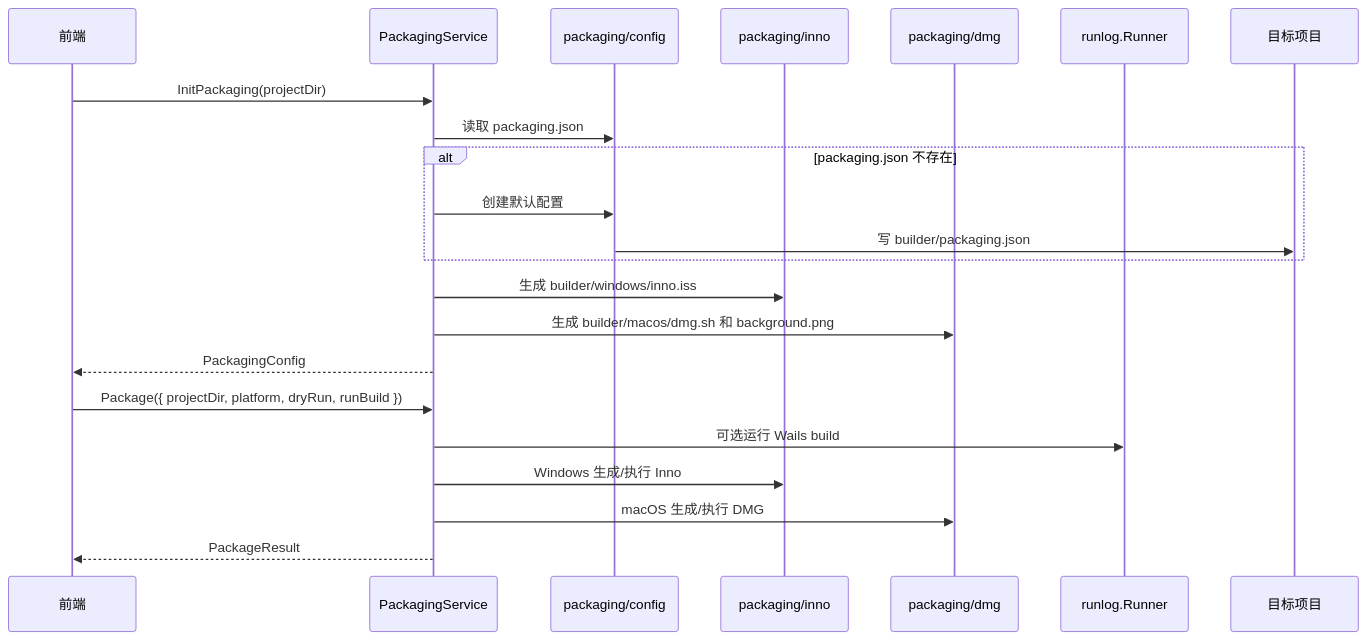
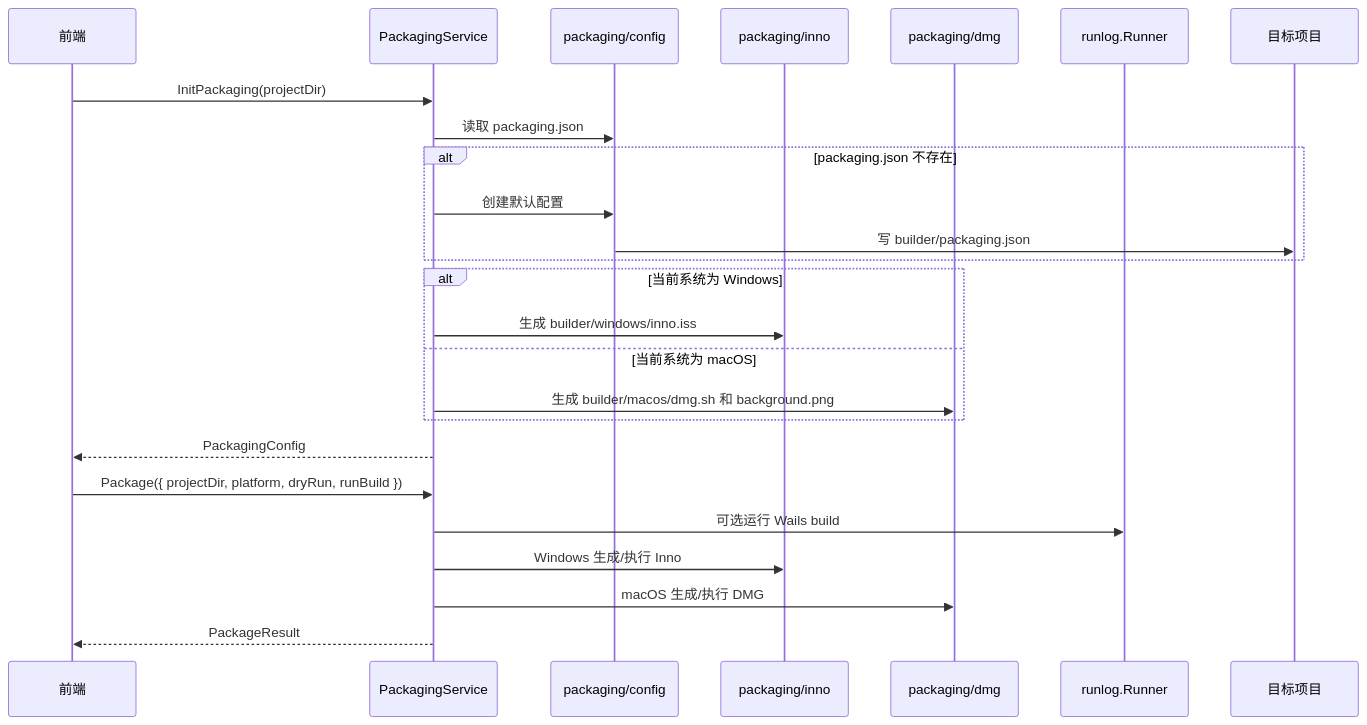
The fifth of 6 diagrams in docs/ILLUSTRATED_GUIDE.md (Peiratooo/Wails3-Manager), drawn with Mermaid before and after one commit. The commit also changed other lines of this file and 79 other files, not shown here.

````diff
--- a/docs/ILLUSTRATED_GUIDE.md
+++ b/docs/ILLUSTRATED_GUIDE.md
@@ -163,26 +162,29 @@
 ```mermaid
 sequenceDiagram
   participant FE as 前端
   participant PKG as PackagingService
   participant Config as packaging/config
   participant Inno as packaging/inno
   participant DMG as packaging/dmg
   participant Runner as runlog.Runner
   participant Disk as 目标项目
 
   FE->>PKG: InitPackaging(projectDir)
   PKG->>Config: 读取 packaging.json
   alt packaging.json 不存在
     PKG->>Config: 创建默认配置
     Config->>Disk: 写 builder/packaging.json
   end
-  PKG->>Inno: 生成 builder/windows/inno.iss
-  PKG->>DMG: 生成 builder/macos/dmg.sh 和 background.png
+  alt 当前系统为 Windows
+    PKG->>Inno: 生成 builder/windows/inno.iss
+  else 当前系统为 macOS
+    PKG->>DMG: 生成 builder/macos/dmg.sh 和 background.png
+  end
   PKG-->>FE: PackagingConfig
 
   FE->>PKG: Package({ projectDir, platform, dryRun, runBuild })
   PKG->>Runner: 可选运行 Wails build
   PKG->>Inno: Windows 生成/执行 Inno
   PKG->>DMG: macOS 生成/执行 DMG
   PKG-->>FE: PackageResult
 ```
````
